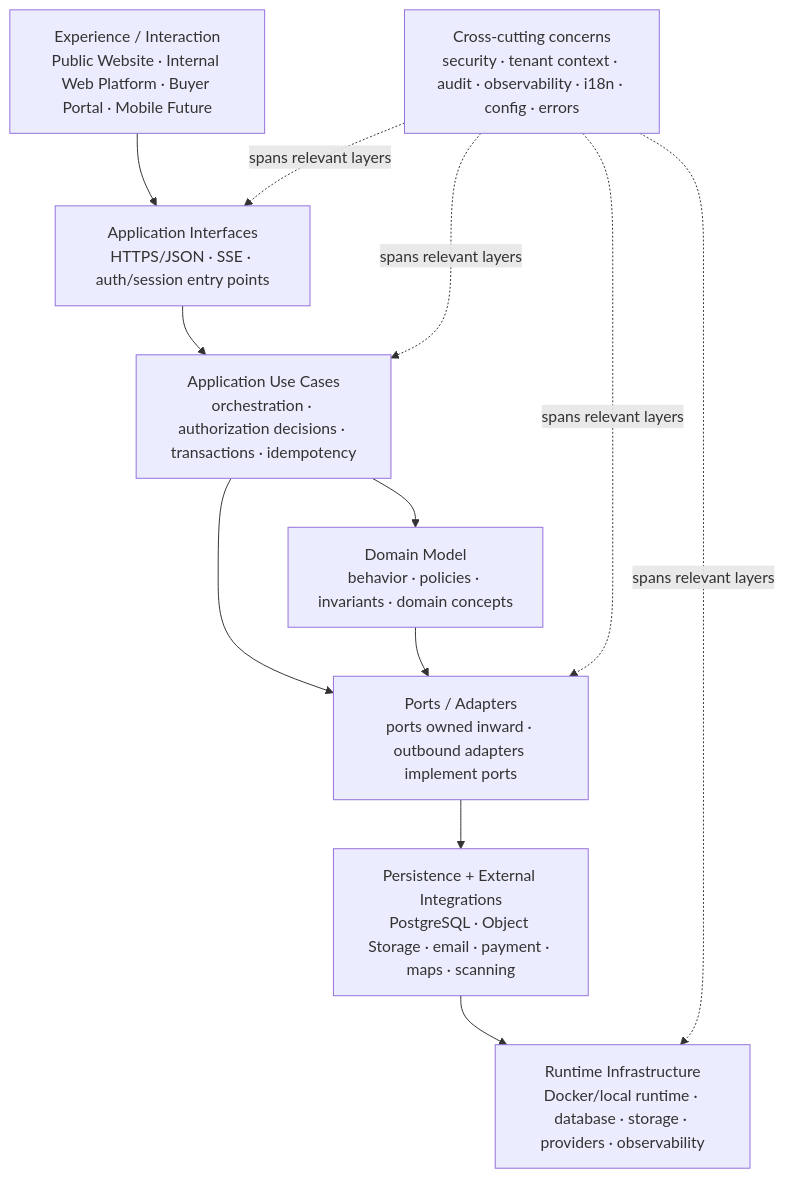
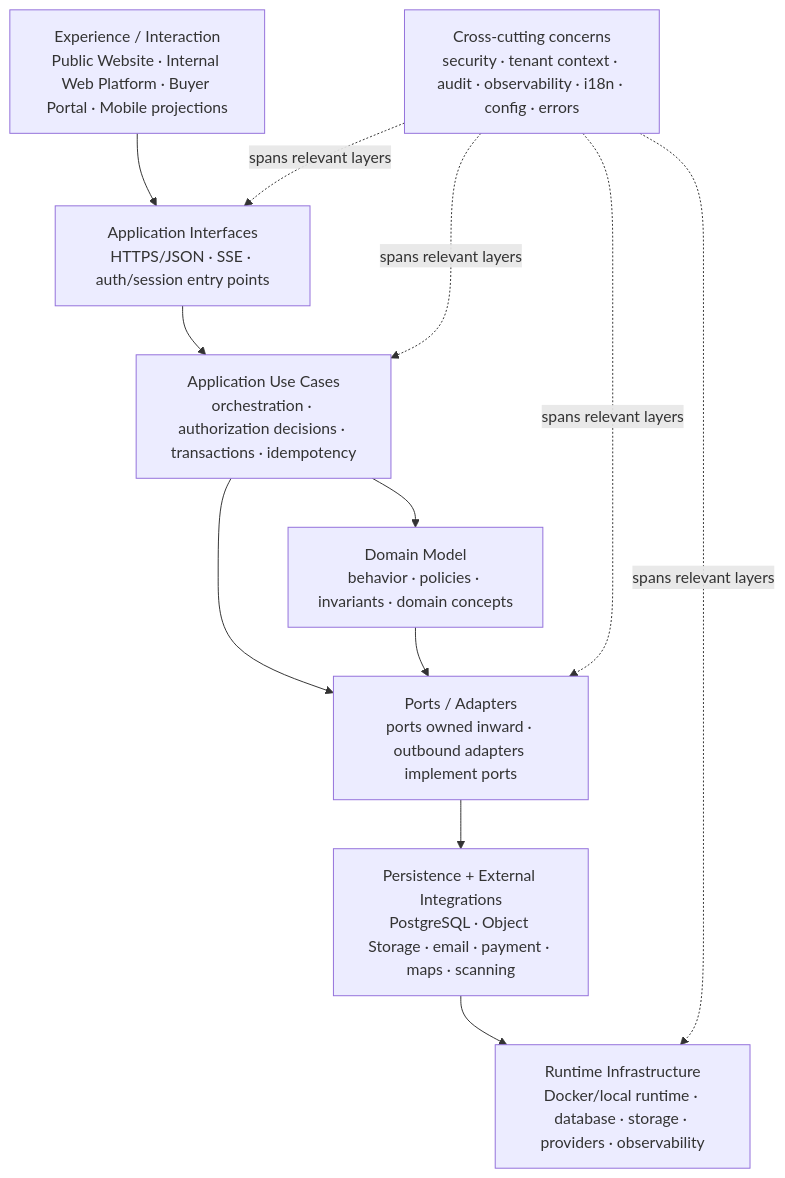
Before and after one commit to nexa-suite/blueprint: the diagram in 01-shared/architecture/layering/logical-system-layering.md, drawn with Mermaid. The commit also changed other lines of this file and 264 other files, not shown here.

````diff
--- a/01-shared/architecture/layering/logical-system-layering.md
+++ b/01-shared/architecture/layering/logical-system-layering.md
@@ -19,20 +19,20 @@
 ```mermaid
 flowchart TB
-    EX["Experience / Interaction\nPublic Website · Internal Web Platform · Buyer Portal · Mobile Future"]
+    EX["Experience / Interaction\nPublic Website · Internal Web Platform · Buyer Portal · Mobile projections"]
     AI["Application Interfaces\nHTTPS/JSON · SSE · auth/session entry points"]
     AU["Application Use Cases\norchestration · authorization decisions · transactions · idempotency"]
     DM["Domain Model\nbehavior · policies · invariants · domain concepts"]
     PA["Ports / Adapters\nports owned inward · outbound adapters implement ports"]
     PI["Persistence + External Integrations\nPostgreSQL · Object Storage · email · payment · maps · scanning"]
     RI["Runtime Infrastructure\nDocker/local runtime · database · storage · providers · observability"]
     CC["Cross-cutting concerns\nsecurity · tenant context · audit · observability · i18n · config · errors"]
 
     EX --> AI --> AU --> DM
     AU --> PA
     DM --> PA
     PA --> PI --> RI
     CC -. "spans relevant layers" .-> AI
     CC -. "spans relevant layers" .-> AU
     CC -. "spans relevant layers" .-> PA
     CC -. "spans relevant layers" .-> RI
 ```
````
